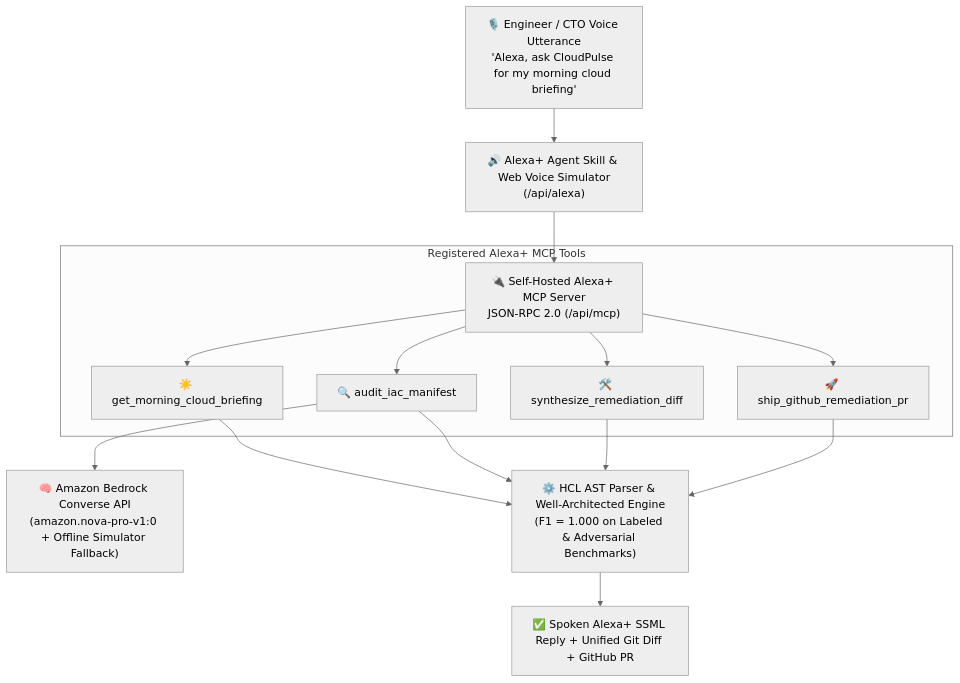
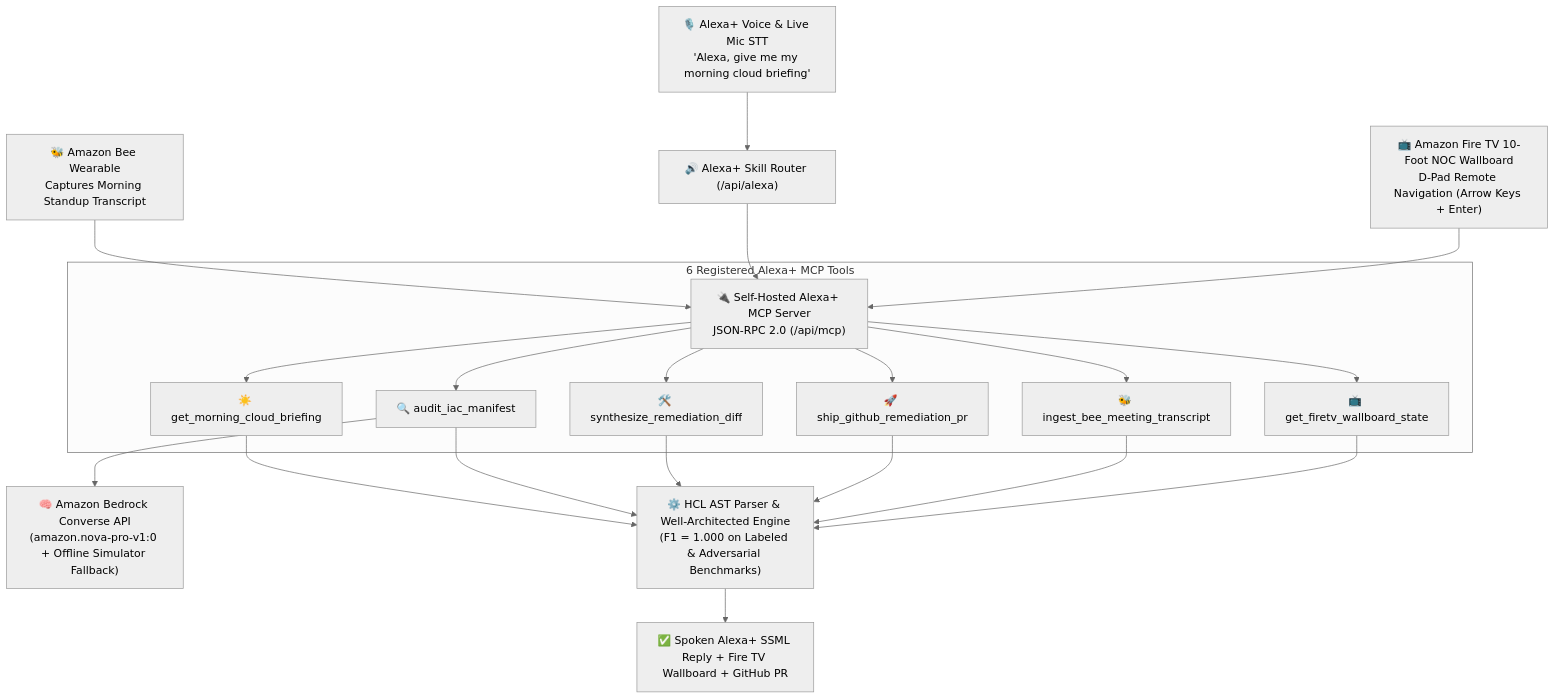
Before and after one commit to akmalkhaniub/cloudpulse-ai: the diagram in README.md, drawn with Mermaid (neutral theme). The commit also changed other lines of this file and 6 other files, not shown here.

Commit message:
feat(ecosystem): Add Amazon Bee wearable standup sync, Fire TV 10-foot NOC wallboard, and live mic speech recognition

````diff
--- a/README.md
+++ b/README.md
@@ -20,16 +23,20 @@
 ```mermaid
 flowchart TD
-    Voice["🎙️ Engineer / CTO Voice Utterance\n'Alexa, ask CloudPulse for my morning cloud briefing'"] --> AlexaSim["🔊 Alexa+ Agent Skill & Web Voice Simulator\n(/api/alexa)"]
-    AlexaSim --> MCP["🔌 Self-Hosted Alexa+ MCP Server\nJSON-RPC 2.0 (/api/mcp)"]
+    Bee["🐝 Amazon Bee Wearable\nCaptures Morning Standup Transcript"] --> MCP["🔌 Self-Hosted Alexa+ MCP Server\nJSON-RPC 2.0 (/api/mcp)"]
+    Voice["🎙️ Alexa+ Voice & Live Mic STT\n'Alexa, give me my morning cloud briefing'"] --> AlexaSim["🔊 Alexa+ Skill Router (/api/alexa)"]
+    AlexaSim --> MCP
+    FireTV["📺 Amazon Fire TV 10-Foot NOC Wallboard\nD-Pad Remote Navigation (Arrow Keys + Enter)"] --> MCP
 
-    subgraph MCPTools ["Registered Alexa+ MCP Tools"]
+    subgraph MCPTools ["6 Registered Alexa+ MCP Tools"]
         MCP --> T1["☀️ get_morning_cloud_briefing"]
         MCP --> T2["🔍 audit_iac_manifest"]
         MCP --> T3["🛠️ synthesize_remediation_diff"]
         MCP --> T4["🚀 ship_github_remediation_pr"]
+        MCP --> T5["🐝 ingest_bee_meeting_transcript"]
+        MCP --> T6["📺 get_firetv_wallboard_state"]
     end
 
     T2 --> Bedrock["🧠 Amazon Bedrock Converse API\n(amazon.nova-pro-v1:0 + Offline Simulator Fallback)"]
-    T1 & T2 & T3 & T4 --> Engine["⚙️ HCL AST Parser & Well-Architected Engine\n(F1 = 1.000 on Labeled & Adversarial Benchmarks)"]
-    Engine --> Output["✅ Spoken Alexa+ SSML Reply + Unified Git Diff + GitHub PR"]
+    T1 & T2 & T3 & T4 & T5 & T6 --> Engine["⚙️ HCL AST Parser & Well-Architected Engine\n(F1 = 1.000 on Labeled & Adversarial Benchmarks)"]
+    Engine --> Output["✅ Spoken Alexa+ SSML Reply + Fire TV Wallboard + GitHub PR"]
 ```
````
